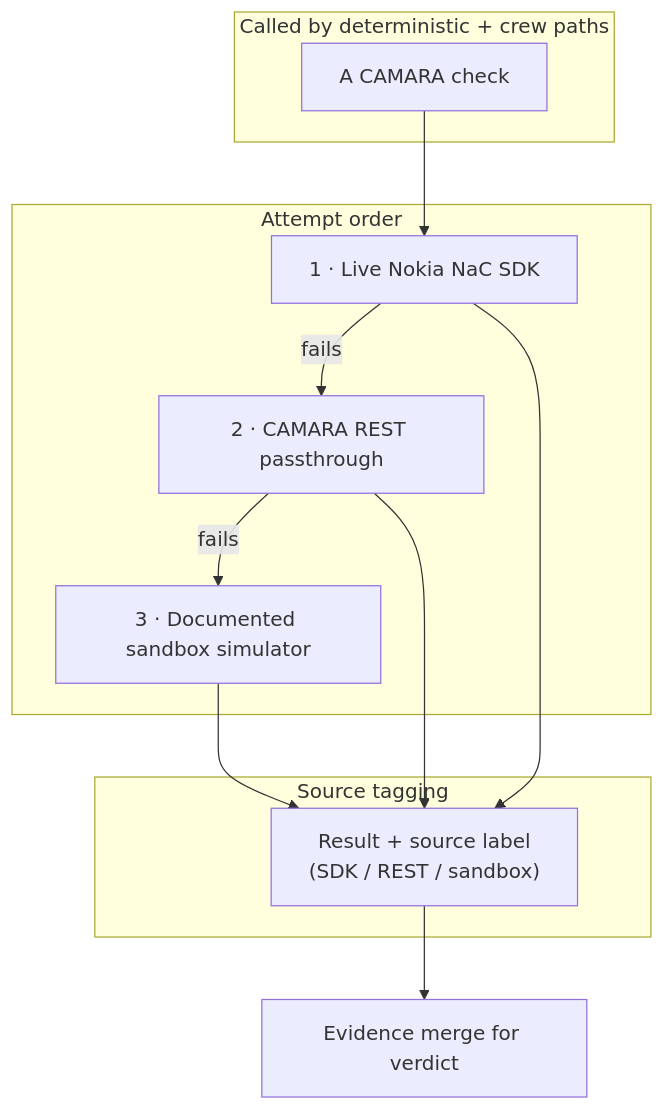
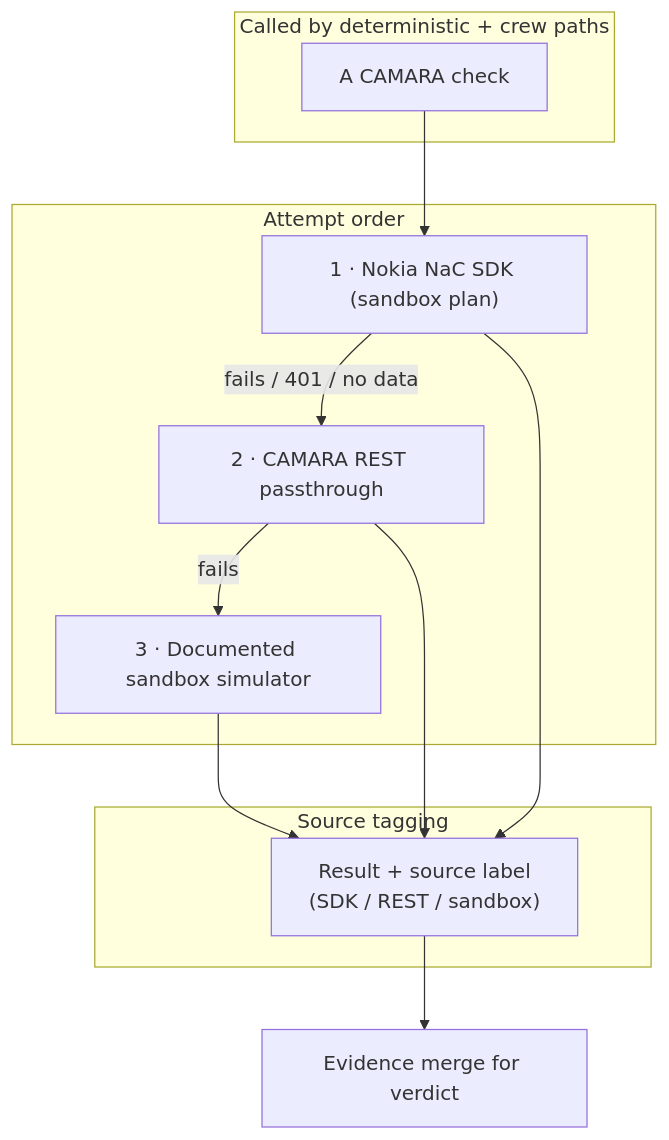
One commit to yahiaongh/aegistel-mena-ignite changed the third of 6 diagrams in README.md. Above: the diagram before and after it, drawn with Mermaid. The commit also changed other lines of this file and 23 other files, not shown here.

````diff
--- a/README.md
+++ b/README.md
@@ -158,20 +176,20 @@
 ```mermaid
 flowchart TD
     subgraph CALLER["Called by deterministic + crew paths"]
         C["A CAMARA check"]
     end
 
     subgraph FALLBACK["Attempt order"]
-        L1["1 · Live Nokia NaC SDK"] -->|"fails"| L2["2 · CAMARA REST passthrough"] -->|"fails"| L3["3 · Documented sandbox simulator"]
+        L1["1 · Nokia NaC SDK (sandbox plan)"] -->|"fails / 401 / no data"| L2["2 · CAMARA REST passthrough"] -->|"fails"| L3["3 · Documented sandbox simulator"]
     end
 
     subgraph RES["Source tagging"]
         R["Result + source label<br/>(SDK / REST / sandbox)"]
     end
 
     C --> L1
     L3 --> R
     L2 --> R
     L1 --> R
     R --> AGG["Evidence merge for verdict"]
 ```
````
